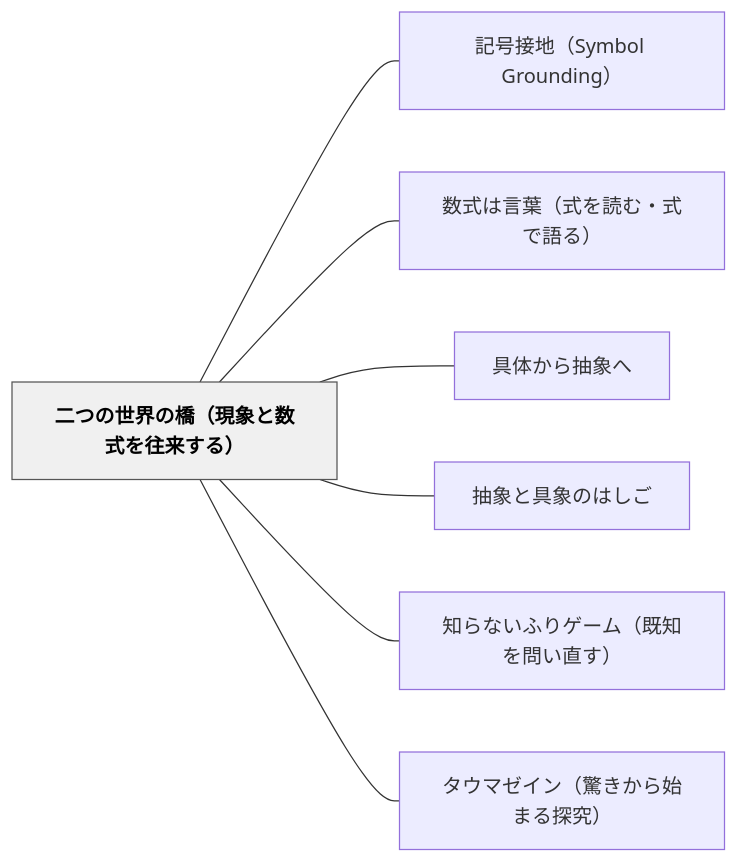
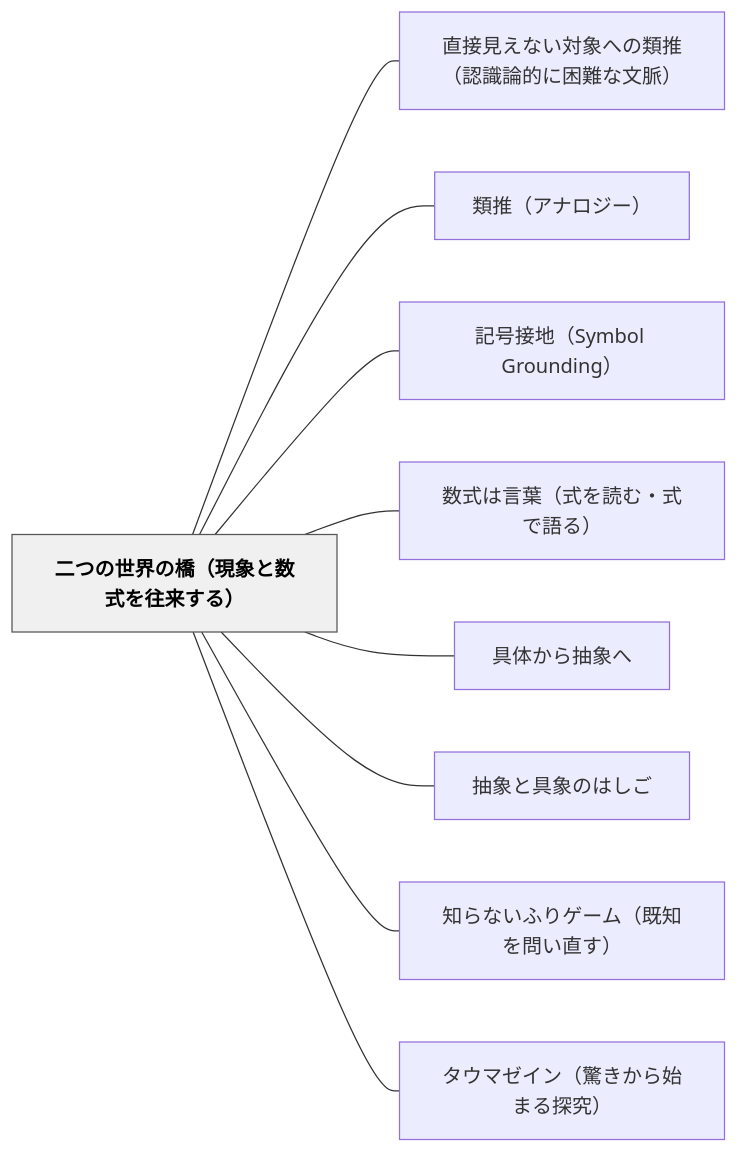
Before and after one commit to unknownthings-ed-patterns/unknownthings-ed-patterns: the diagram in content/パタン/二つの世界の橋（現象と数式を往来する）.md, drawn with Mermaid. The commit also changed other lines of this file and 185 other files, not shown here.

````diff
--- a/content/パタン/二つの世界の橋（現象と数式を往来する）.md
+++ b/content/パタン/二つの世界の橋（現象と数式を往来する）.md
@@ -160,20 +162,24 @@
 ```mermaid
 flowchart LR
     ne4ba8ce381a4e381aee4b896e7958ce381aee6a98befbc88e78fbee8b1a1e381a8e695b0e5bc8fe38292e5be80e69da5e38199e3828befbc89["二つの世界の橋（現象と数式を往来する）"]
+    ne79bb4e68ea5e8a68be38188e381aae38184e5afbee8b1a1e381b8e381aee9a19ee68ea8efbc88e8aa8de8ad98e8ab96e79a84e381abe59bb0e99ba3e381aae69687e88488efbc89["直接見えない対象への類推（認識論的に困難な文脈）"]
+    ne9a19ee68ea8efbc88e382a2e3838ae383ade382b8e383bcefbc89["類推（アナロジー）"]
     ne8a898e58fb7e68ea5e59cb0efbc8853796d626f6c2047726f756e64696e67efbc89["記号接地（Symbol Grounding）"]
     ne695b0e5bc8fe381afe8a880e89189efbc88e5bc8fe38292e8aaade38280e383bbe5bc8fe381a7e8aa9ee3828befbc89["数式は言葉（式を読む・式で語る）"]
     ne585b7e4bd93e3818be38289e68abde8b1a1e381b8["具体から抽象へ"]
     ne68abde8b1a1e381a8e585b7e8b1a1e381aee381afe38197e38194["抽象と具象のはしご"]
     ne79fa5e38289e381aae38184e381b5e3828ae382b2e383bce383a0efbc88e697a2e79fa5e38292e5958fe38184e79bb4e38199efbc89["知らないふりゲーム（既知を問い直す）"]
     ne382bfe382a6e3839ee382bce382a4e383b3efbc88e9a99ae3818de3818be38289e5a78be381bee3828be68ea2e7a9b6efbc89["タウマゼイン（驚きから始まる探究）"]
 
+    ne4ba8ce381a4e381aee4b896e7958ce381aee6a98befbc88e78fbee8b1a1e381a8e695b0e5bc8fe38292e5be80e69da5e38199e3828befbc89 --- ne79bb4e68ea5e8a68be38188e381aae38184e5afbee8b1a1e381b8e381aee9a19ee68ea8efbc88e8aa8de8ad98e8ab96e79a84e381abe59bb0e99ba3e381aae69687e88488efbc89
+    ne4ba8ce381a4e381aee4b896e7958ce381aee6a98befbc88e78fbee8b1a1e381a8e695b0e5bc8fe38292e5be80e69da5e38199e3828befbc89 --- ne9a19ee68ea8efbc88e382a2e3838ae383ade382b8e383bcefbc89
     ne4ba8ce381a4e381aee4b896e7958ce381aee6a98befbc88e78fbee8b1a1e381a8e695b0e5bc8fe38292e5be80e69da5e38199e3828befbc89 --- ne8a898e58fb7e68ea5e59cb0efbc8853796d626f6c2047726f756e64696e67efbc89
     ne4ba8ce381a4e381aee4b896e7958ce381aee6a98befbc88e78fbee8b1a1e381a8e695b0e5bc8fe38292e5be80e69da5e38199e3828befbc89 --- ne695b0e5bc8fe381afe8a880e89189efbc88e5bc8fe38292e8aaade38280e383bbe5bc8fe381a7e8aa9ee3828befbc89
     ne4ba8ce381a4e381aee4b896e7958ce381aee6a98befbc88e78fbee8b1a1e381a8e695b0e5bc8fe38292e5be80e69da5e38199e3828befbc89 --- ne585b7e4bd93e3818be38289e68abde8b1a1e381b8
     ne4ba8ce381a4e381aee4b896e7958ce381aee6a98befbc88e78fbee8b1a1e381a8e695b0e5bc8fe38292e5be80e69da5e38199e3828befbc89 --- ne68abde8b1a1e381a8e585b7e8b1a1e381aee381afe38197e38194
     ne4ba8ce381a4e381aee4b896e7958ce381aee6a98befbc88e78fbee8b1a1e381a8e695b0e5bc8fe38292e5be80e69da5e38199e3828befbc89 --- ne79fa5e38289e381aae38184e381b5e3828ae382b2e383bce383a0efbc88e697a2e79fa5e38292e5958fe38184e79bb4e38199efbc89
     ne4ba8ce381a4e381aee4b896e7958ce381aee6a98befbc88e78fbee8b1a1e381a8e695b0e5bc8fe38292e5be80e69da5e38199e3828befbc89 --- ne382bfe382a6e3839ee382bce382a4e383b3efbc88e9a99ae3818de3818be38289e5a78be381bee3828be68ea2e7a9b6efbc89
 
     classDef hub fill:#f0f0f0,stroke:#555,color:#000,font-weight:bold
     class ne4ba8ce381a4e381aee4b896e7958ce381aee6a98befbc88e78fbee8b1a1e381a8e695b0e5bc8fe38292e5be80e69da5e38199e3828befbc89 hub
 ```
````
